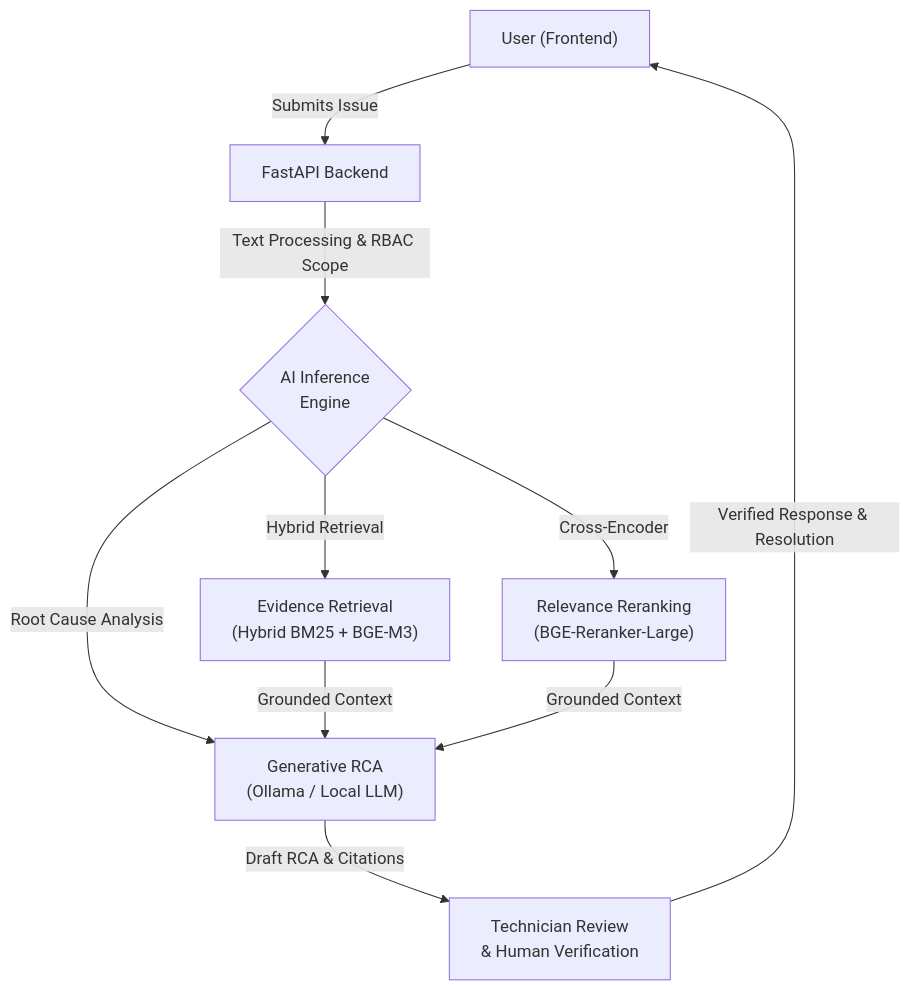
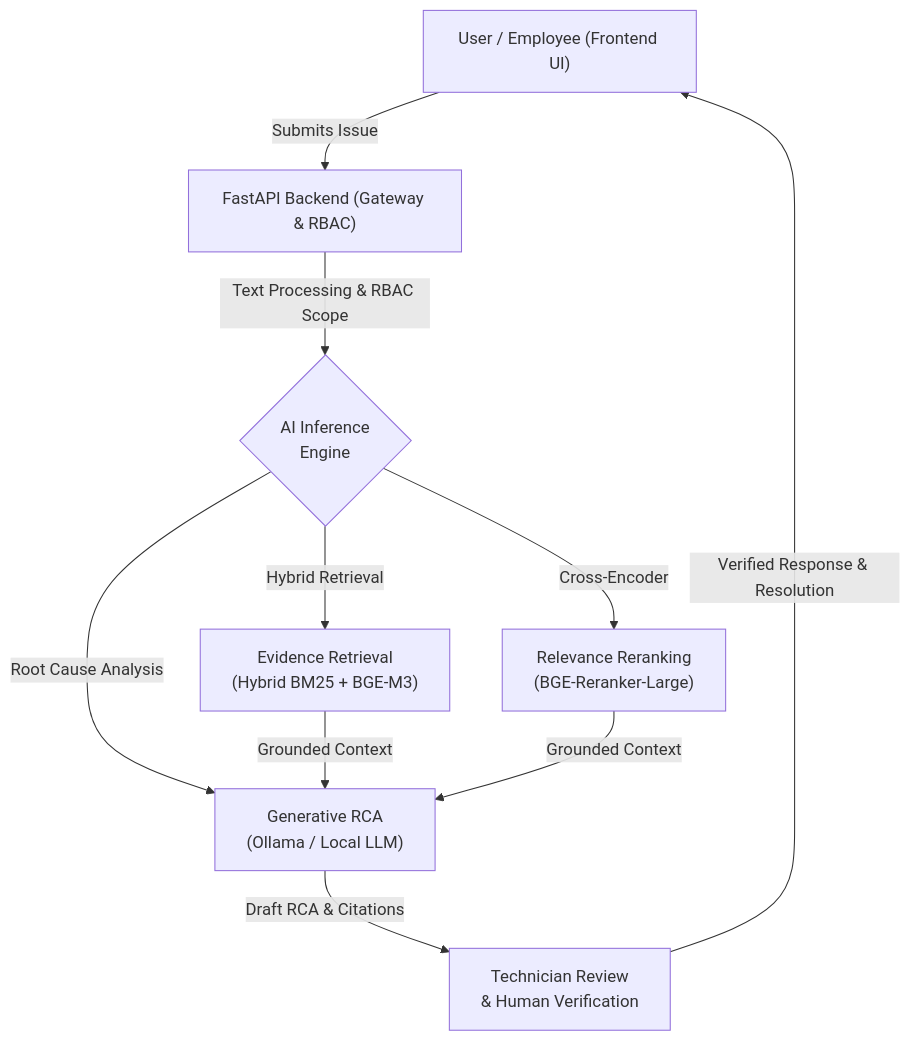
One commit to TanLee261/ai-it-helpdesk changed the diagram in README.md. Above: the diagram before and after it, drawn with Mermaid. The commit also changed other lines of this file, not shown here.

Commit message:
docs: overhaul README with professional badges, typing banner, navigation hub, and architecture

````diff
--- a/README.md
+++ b/README.md
@@ -11,22 +84,22 @@
 ```mermaid
 flowchart TD
-    User["User (Frontend)"]
-    Backend["FastAPI Backend"]
+    User["User / Employee (Frontend UI)"]
+    Backend["FastAPI Backend (Gateway & RBAC)"]
     Engine{"AI Inference\nEngine"}
 
     Retrieval["Evidence Retrieval\n(Hybrid BM25 + BGE-M3)"]
     Reranking["Relevance Reranking\n(BGE-Reranker-Large)"]
     Generative["Generative RCA\n(Ollama / Local LLM)"]
     Technician["Technician Review\n& Human Verification"]
 
     User -->|"Submits Issue"| Backend
     Backend -->|"Text Processing & RBAC Scope"| Engine
 
     Engine -->|"Hybrid Retrieval"| Retrieval
     Engine -->|"Cross-Encoder"| Reranking
     Engine -->|"Root Cause Analysis"| Generative
 
     Retrieval & Reranking -->|"Grounded Context"| Generative
     Generative -->|"Draft RCA & Citations"| Technician
     Technician -->|"Verified Response & Resolution"| User
 ```
````
